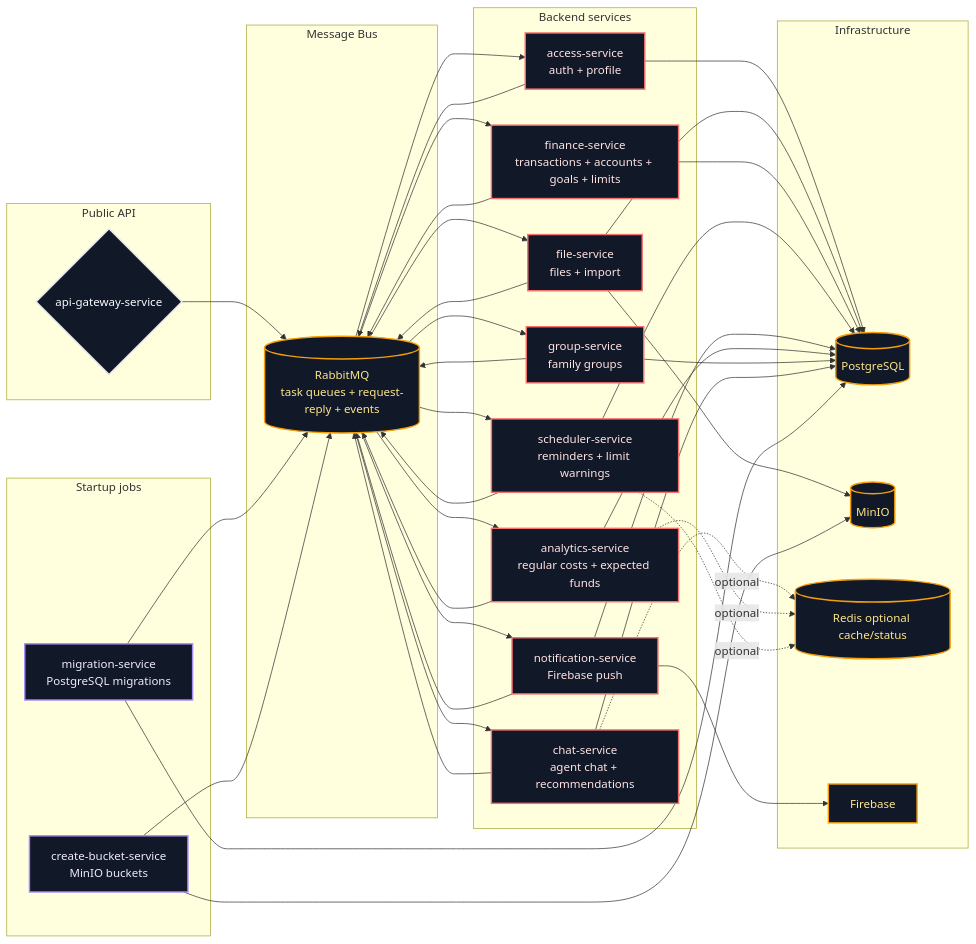
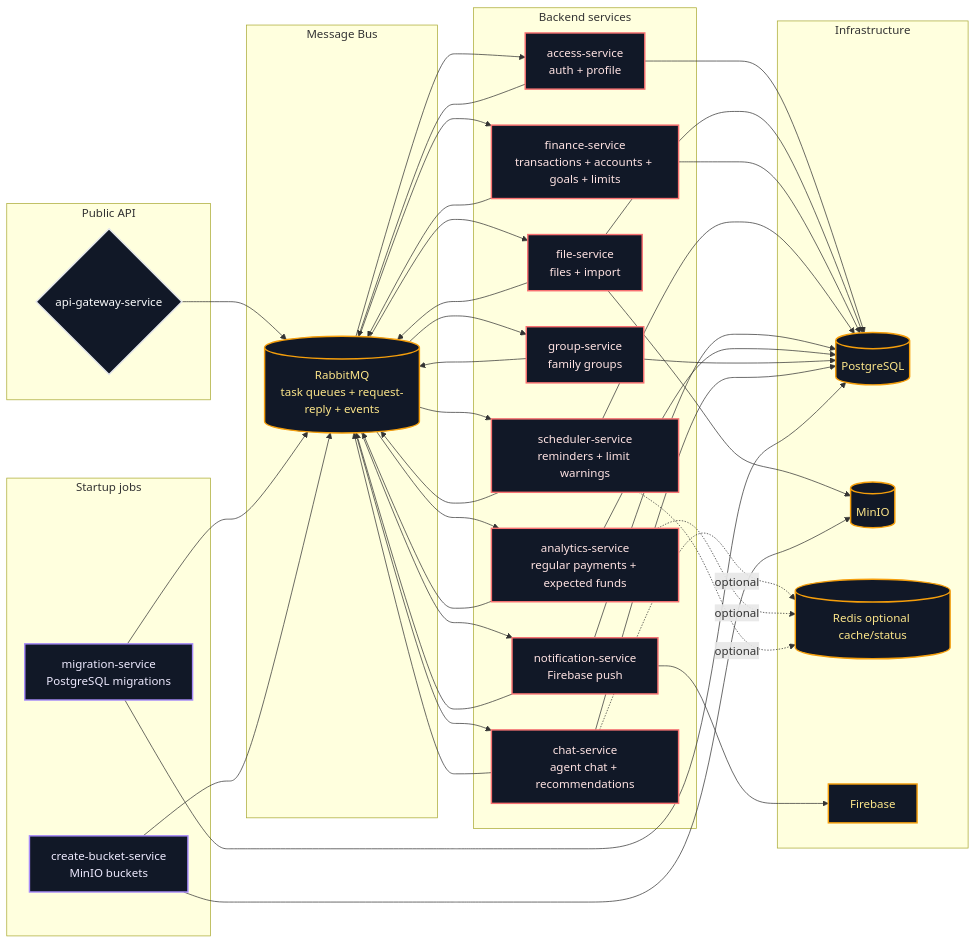
Before and after one commit to voronka-hack-finance/backend-hackathon: the second of 5 diagrams in docs/backend-architecture-levels.md, drawn with Mermaid. The commit also changed other lines of this file and 15 other files, not shown here.

````diff
--- a/docs/backend-architecture-levels.md
+++ b/docs/backend-architecture-levels.md
@@ -43,79 +43,79 @@
 ```mermaid
 flowchart LR
     subgraph public["Public API"]
         gateway{"api-gateway-service"}
     end
 
     subgraph bus["Message Bus"]
         rabbit[("RabbitMQ<br/>task queues + request-reply + events")]
     end
 
     subgraph services["Backend services"]
         access["access-service<br/>auth + profile"]
         file["file-service<br/>files + import"]
         finance["finance-service<br/>transactions + accounts + goals + limits"]
         scheduler["scheduler-service<br/>reminders + limit warnings"]
         notification["notification-service<br/>Firebase push"]
-        analytics["analytics-service<br/>regular costs + expected funds"]
+        analytics["analytics-service<br/>regular payments + expected funds"]
         group["group-service<br/>family groups"]
         chat["chat-service<br/>agent chat + recommendations"]
     end
 
     subgraph startup["Startup jobs"]
         migration["migration-service<br/>PostgreSQL migrations"]
         buckets["create-bucket-service<br/>MinIO buckets"]
     end
 
     subgraph infra["Infrastructure"]
         pg[("PostgreSQL")]
         minio[("MinIO")]
         redis[("Redis optional cache/status")]
         firebase["Firebase"]
     end
 
     gateway --> rabbit
     rabbit --> access
     rabbit --> file
     rabbit --> finance
     rabbit --> scheduler
     rabbit --> notification
     rabbit --> analytics
     rabbit --> group
     rabbit --> chat
     access --> rabbit
     file --> rabbit
     finance --> rabbit
     scheduler --> rabbit
     notification --> rabbit
     analytics --> rabbit
     group --> rabbit
     chat --> rabbit
 
     access --> pg
     file --> pg
     file --> minio
     finance --> pg
     scheduler --> pg
     notification --> pg
     notification --> firebase
     analytics --> pg
     group --> pg
     chat --> pg
     chat -. optional .-> redis
     analytics -. optional .-> redis
     scheduler -. optional .-> redis
 
     migration --> pg
     buckets --> minio
     migration --> rabbit
     buckets --> rabbit
 
     classDef gatewayNode fill:#111827,stroke:#e5e7eb,color:#f9fafb,stroke-width:2px
     classDef serviceNode fill:#111827,stroke:#f87171,color:#fee2e2,stroke-width:2px
     classDef infraNode fill:#111827,stroke:#f59e0b,color:#fde68a,stroke-width:2px
     classDef jobNode fill:#111827,stroke:#a78bfa,color:#ede9fe,stroke-width:2px
     class gateway gatewayNode
     class access,file,finance,scheduler,notification,analytics,group,chat serviceNode
     class rabbit,pg,minio,redis,firebase infraNode
     class migration,buckets jobNode
 ```
````
